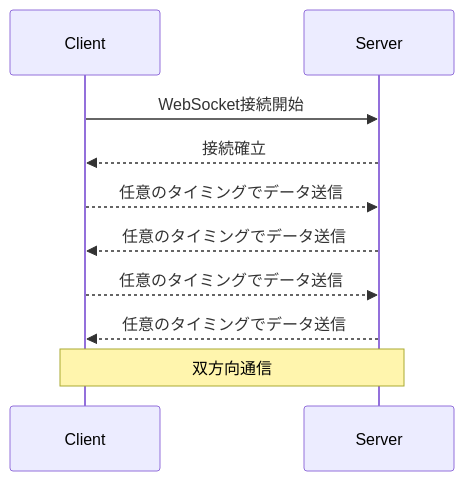
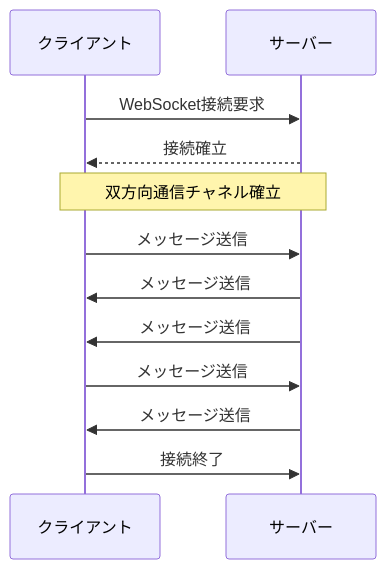
Before and after one commit to fl-bunya/sse-chat: the second of 3 diagrams in LT.md, drawn with Mermaid. The commit also changed other lines of this file, not shown here.

````diff
--- a/LT.md
+++ b/LT.md
@@ -97,12 +85,17 @@
 ```mermaid
 sequenceDiagram
-  participant Client
-  participant Server
-  Client->>Server: WebSocket接続開始
-  Server-->>Client: 接続確立
-  Client-->>Server: 任意のタイミングでデータ送信
-  Server-->>Client: 任意のタイミングでデータ送信
-  Client-->>Server: 任意のタイミングでデータ送信
-  Server-->>Client: 任意のタイミングでデータ送信
-  Note over Client,Server: 双方向通信
+    participant C as クライアント
+    participant S as サーバー
+    
+    C->>S: WebSocket接続要求
+    S-->>C: 接続確立
+    Note over C,S: 双方向通信チャネル確立
+    
+    C->>S: メッセージ送信
+    S->>C: メッセージ送信
+    S->>C: メッセージ送信
+    C->>S: メッセージ送信
+    S->>C: メッセージ送信
+    
+    C->>S: 接続終了
 ```
````
